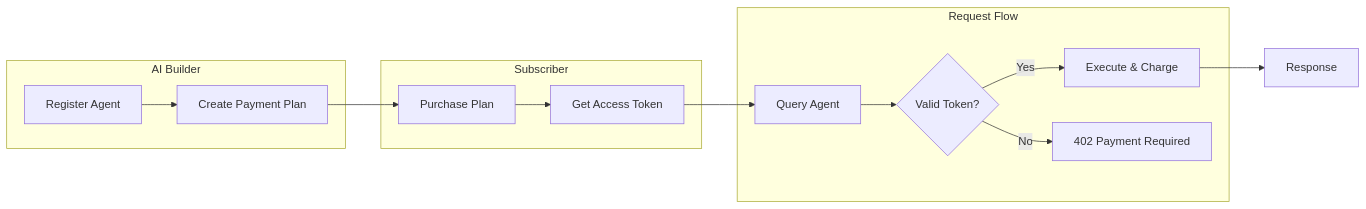
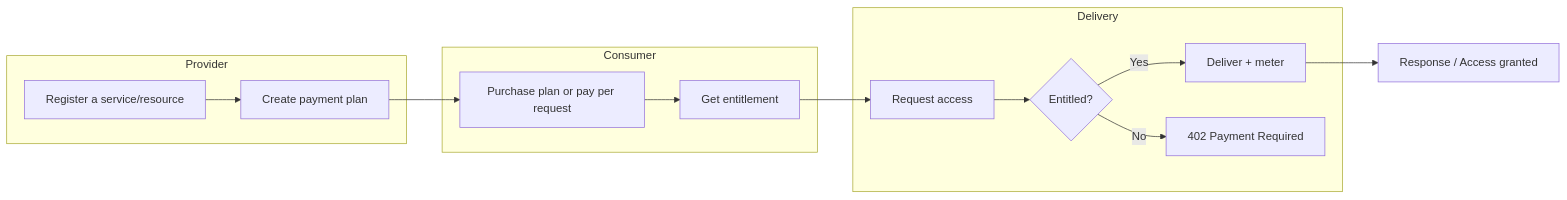
The diagram in docs/getting-started/how-it-works.mdx (nevermined-io/docs), drawn with Mermaid before and after one commit. The commit also changed other lines of this file and 8 other files, not shown here.

````diff
--- a/docs/getting-started/how-it-works.mdx
+++ b/docs/getting-started/how-it-works.mdx
@@ -11,20 +11,20 @@
 ```mermaid
 flowchart LR
-    subgraph Builder["AI Builder"]
-        A[Register Agent] --> B[Create Payment Plan]
+    subgraph Provider["Provider"]
+        A[Register a service/resource] --> B[Create payment plan]
     end
 
-    subgraph User["Subscriber"]
-        C[Purchase Plan] --> D[Get Access Token]
+    subgraph Consumer["Consumer"]
+        C[Purchase plan or pay per request] --> D[Get entitlement]
     end
 
-    subgraph Runtime["Request Flow"]
-        E[Query Agent] --> F{Valid Token?}
-        F -->|Yes| G[Execute & Charge]
+    subgraph Runtime["Delivery"]
+        E[Request access] --> F{Entitled?}
+        F -->|Yes| G[Deliver + meter]
         F -->|No| H[402 Payment Required]
     end
 
     B --> C
     D --> E
-    G --> I[Response]
+    G --> I[Response / Access granted]
 ```
````
